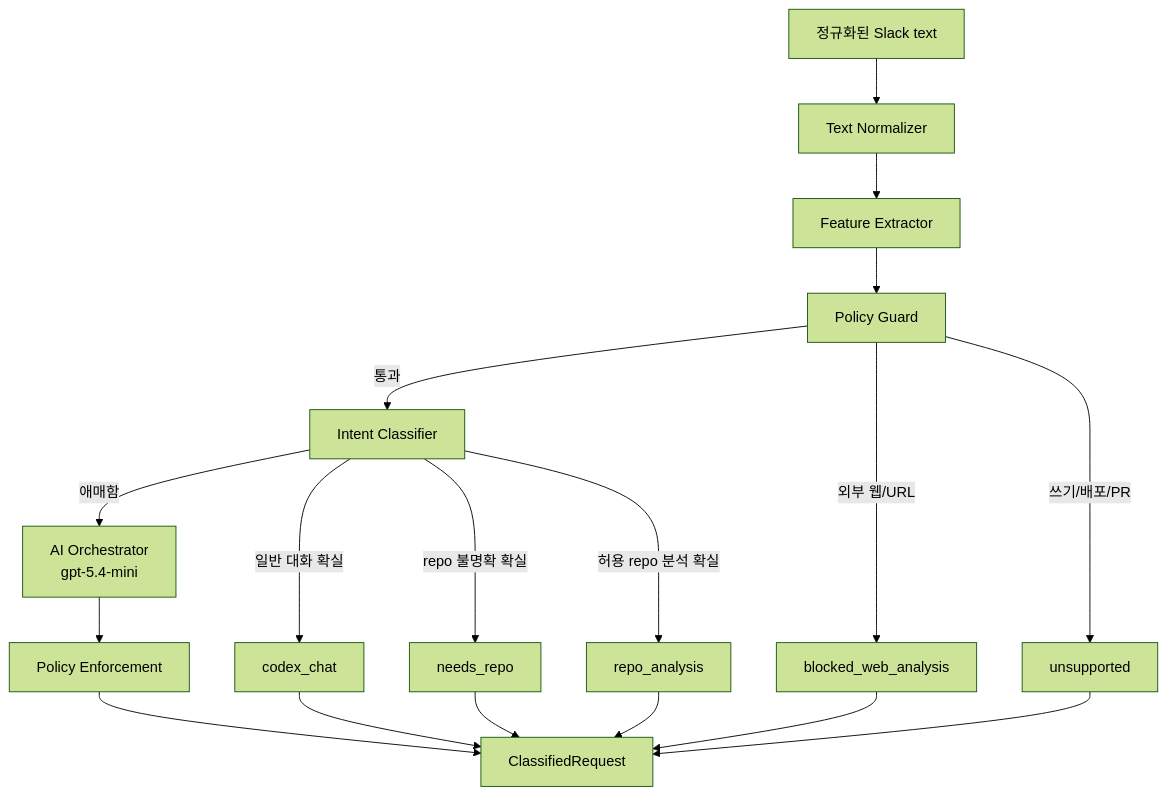
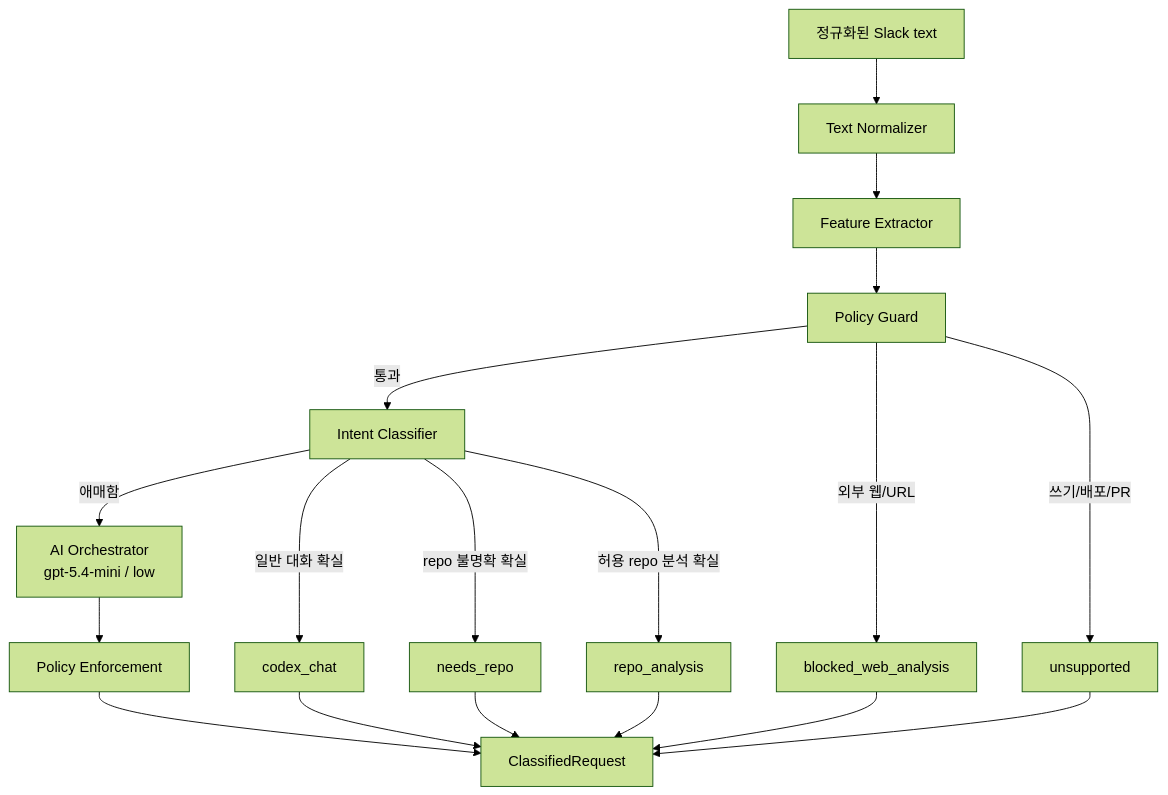
One commit to team-PopPang/Pangi changed the diagram in docs/architecture/input-guardrail.md. Above: the diagram before and after it, drawn with Mermaid (forest theme). The commit also changed 12 other files, not shown here.

````diff
--- a/docs/architecture/input-guardrail.md
+++ b/docs/architecture/input-guardrail.md
@@ -33,20 +33,20 @@
 ```mermaid
 flowchart TD
     A["정규화된 Slack text"] --> B["Text Normalizer"]
     B --> C["Feature Extractor"]
     C --> D["Policy Guard"]
     D -->|외부 웹/URL| WEB["blocked_web_analysis"]
     D -->|쓰기/배포/PR| UNSUP["unsupported"]
     D -->|통과| E["Intent Classifier"]
     E -->|일반 대화 확실| CHAT["codex_chat"]
     E -->|repo 불명확 확실| ASK["needs_repo"]
     E -->|허용 repo 분석 확실| JOB["repo_analysis"]
-    E -->|애매함| AI["AI Orchestrator<br/>gpt-5.4-mini"]
+    E -->|애매함| AI["AI Orchestrator<br/>gpt-5.4-mini / low"]
     AI --> P["Policy Enforcement"]
     P --> OUT["ClassifiedRequest"]
     CHAT --> OUT
     ASK --> OUT
     JOB --> OUT
     WEB --> OUT
     UNSUP --> OUT
 ```
````
